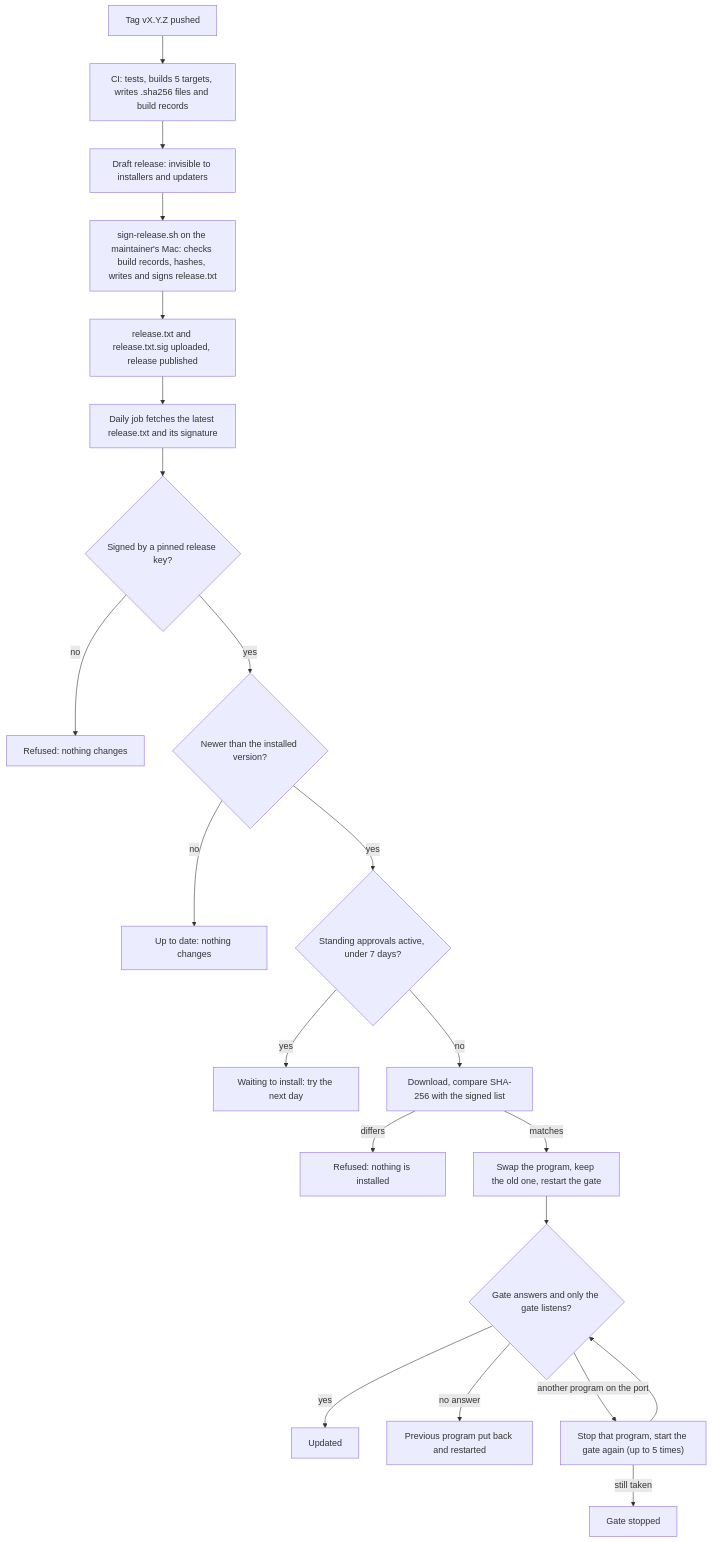
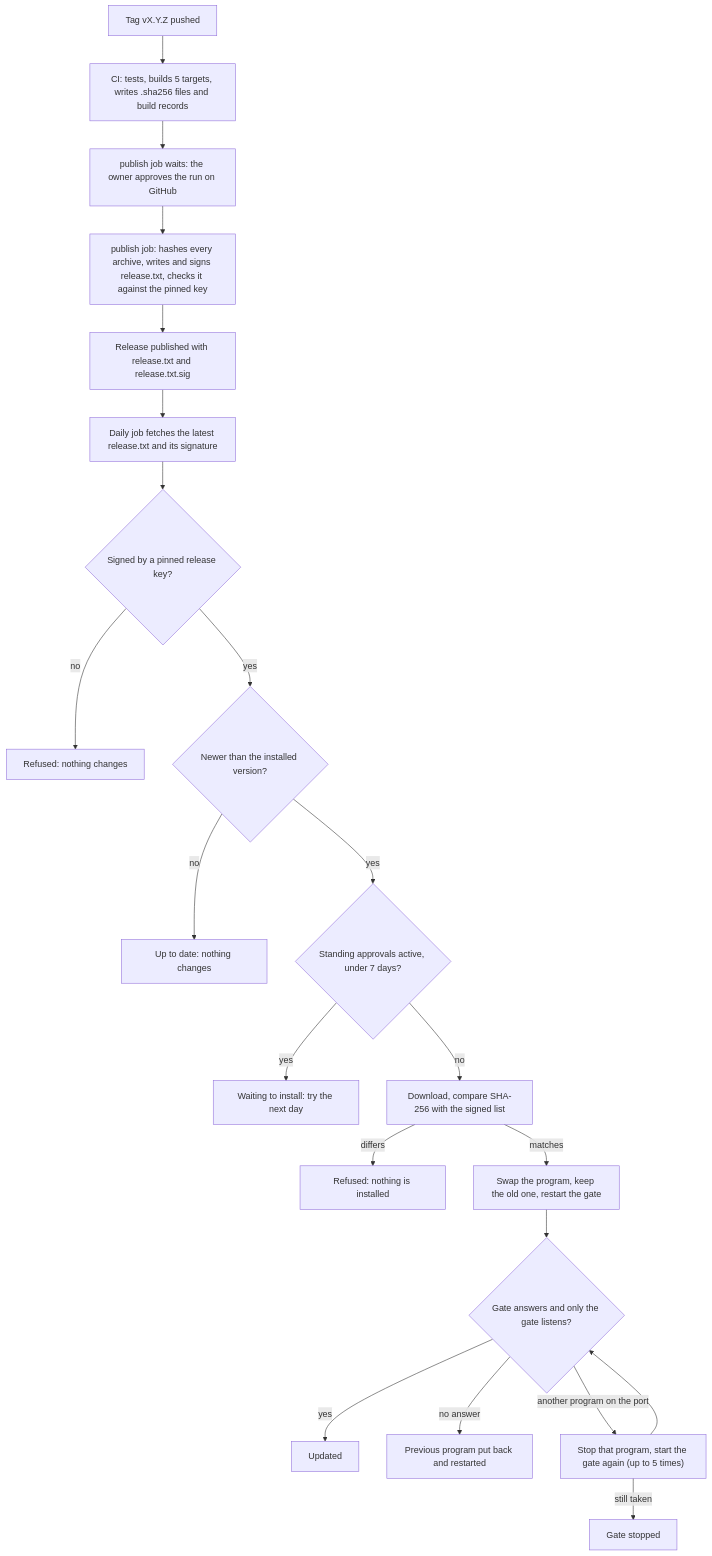
Before and after one commit to Phygital-Key/phygital-key: the fourth of 4 diagrams in docs/architecture.md, drawn with Mermaid. The commit also changed other lines of this file and 42 other files, not shown here.

Commit message:
Release signing with a GitHub environment key behind owner approval (scripts/release-key.sh), pinned release key; project moves to the Phygital-Key organisation

````diff
--- a/docs/architecture.md
+++ b/docs/architecture.md
@@ -313,23 +313,23 @@
 ```mermaid
 flowchart TD
     T["Tag vX.Y.Z pushed"] --> B["CI: tests, builds 5 targets, writes .sha256 files and build records"]
-    B --> D["Draft release: invisible to installers and updaters"]
-    D --> S["sign-release.sh on the maintainer's Mac: checks build records, hashes, writes and signs release.txt"]
-    S --> P["release.txt and release.txt.sig uploaded, release published"]
+    B --> A["publish job waits: the owner approves the run on GitHub"]
+    A --> S["publish job: hashes every archive, writes and signs release.txt, checks it against the pinned key"]
+    S --> P["Release published with release.txt and release.txt.sig"]
     P --> F["Daily job fetches the latest release.txt and its signature"]
     F --> K{"Signed by a pinned release key?"}
     K -- no --> R1["Refused: nothing changes"]
     K -- yes --> N{"Newer than the installed version?"}
     N -- no --> U["Up to date: nothing changes"]
     N -- yes --> SA{"Standing approvals active, under 7 days?"}
     SA -- yes --> WT["Waiting to install: try the next day"]
     SA -- no --> H["Download, compare SHA-256 with the signed list"]
     H -- "differs" --> R2["Refused: nothing is installed"]
     H -- "matches" --> W["Swap the program, keep the old one, restart the gate"]
     W --> C{"Gate answers and only the gate listens?"}
     C -- yes --> OK["Updated"]
     C -- "no answer" --> BACK["Previous program put back and restarted"]
     C -- "another program on the port" --> KILL["Stop that program, start the gate again (up to 5 times)"]
     KILL --> C
     KILL -- "still taken" --> STOP["Gate stopped"]
 ```
````
